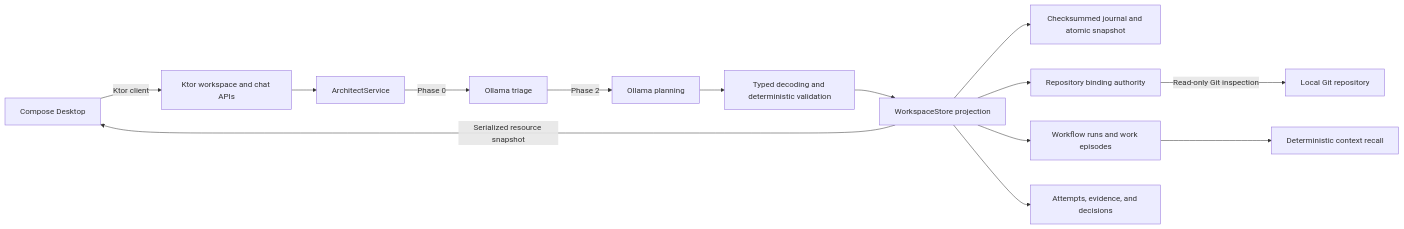
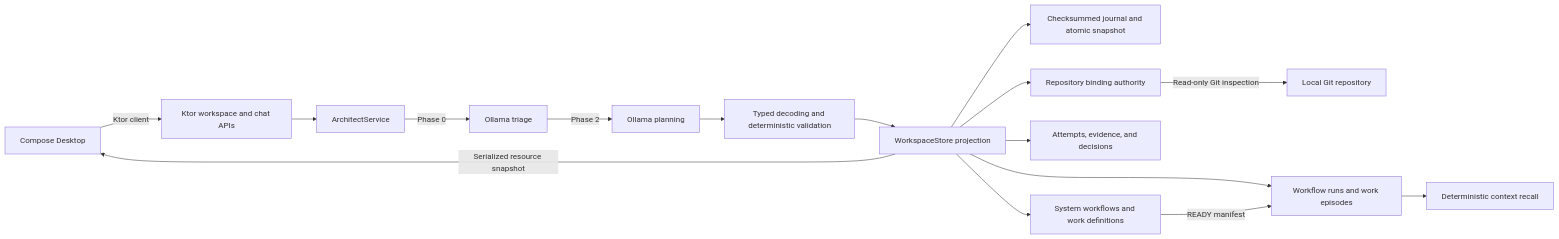
One commit to alchevrier/orchard changed the diagram in README.md. Above: the diagram before and after it, drawn with Mermaid. The commit also changed other lines of this file and 14 other files, not shown here.

````diff
--- a/README.md
+++ b/README.md
@@ -114,16 +141,18 @@
 ```mermaid
 flowchart LR
     UI[Compose Desktop] -->|Ktor client| API[Ktor workspace and chat APIs]
     API --> AS[ArchitectService]
     AS -->|Phase 0| TR[Ollama triage]
     TR -->|Phase 2| PL[Ollama planning]
     PL --> VA[Typed decoding and deterministic validation]
     VA --> WS[WorkspaceStore projection]
     WS --> FS[Checksummed journal and atomic snapshot]
     WS --> RB[Repository binding authority]
     RB -->|Read-only Git inspection| GR[Local Git repository]
     WS --> WM[Workflow runs and work episodes]
     WS --> WE[Attempts, evidence, and decisions]
+    WS --> WD[System workflows and work definitions]
+    WD -->|READY manifest| WM
     WM --> RC[Deterministic context recall]
     WS -->|Serialized resource snapshot| UI
 ```
````
